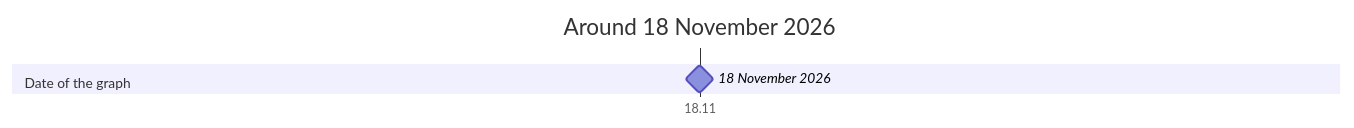
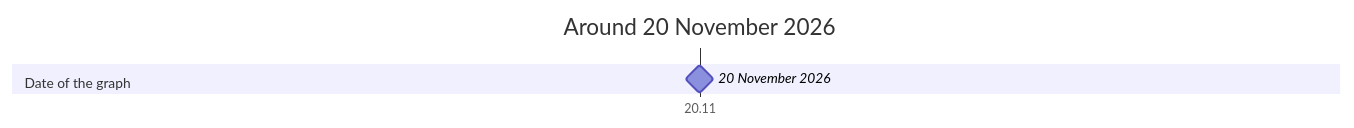
Before and after one commit to advancedcognitivesystems-ai/trame: the diagram in libs/geometry/docs/timeline.md, drawn with Mermaid. The commit also changed other lines of this file and 466 other files, not shown here.

````diff
--- a/libs/geometry/docs/timeline.md
+++ b/libs/geometry/docs/timeline.md
@@ -5,8 +5,8 @@
 ```mermaid
 gantt
   dateFormat YYYY-MM-DD
   axisFormat %d.%m
-  title Around 18 November 2026
+  title Around 20 November 2026
   section Date of the graph
-    18 November 2026 : milestone, 2026-11-18, 0d
+    20 November 2026 : milestone, 2026-11-20, 0d
 ```
````
